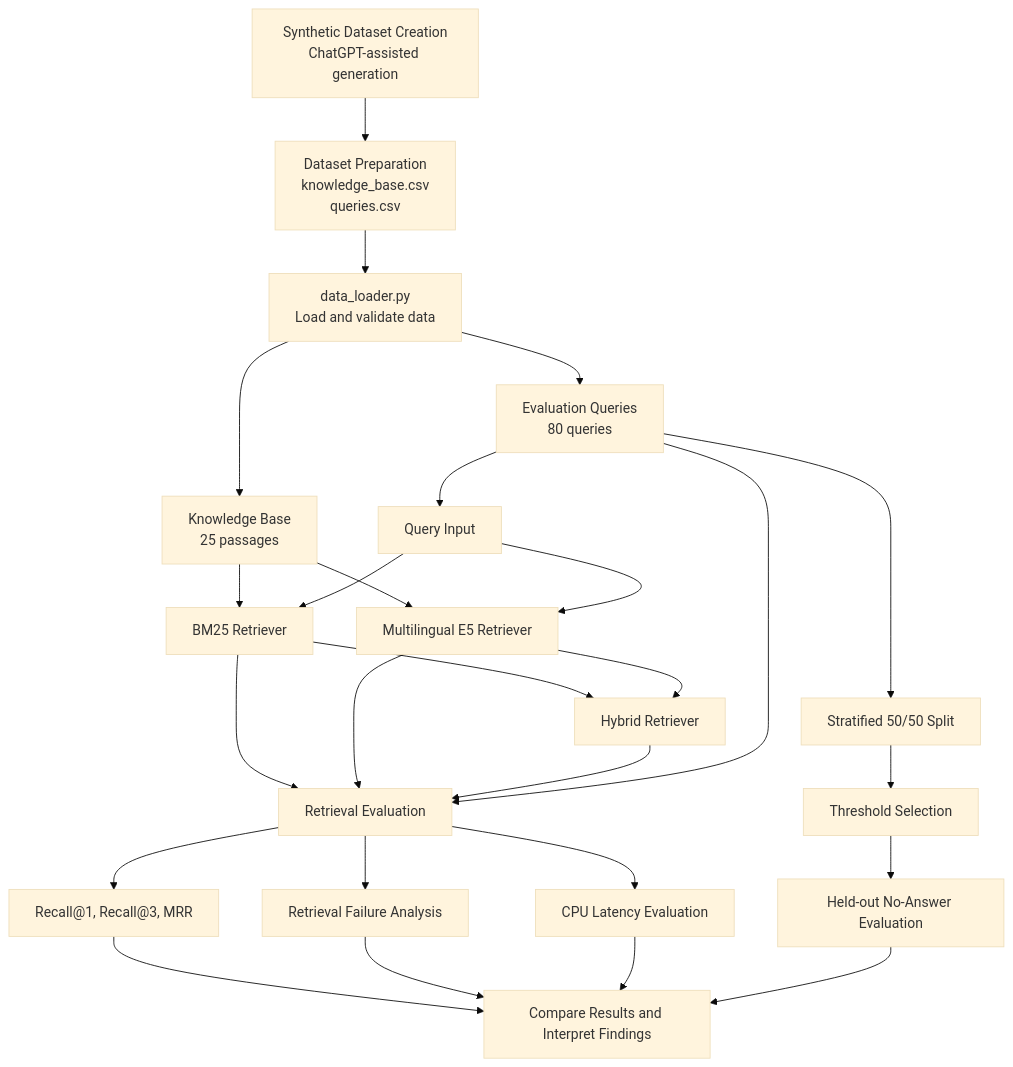
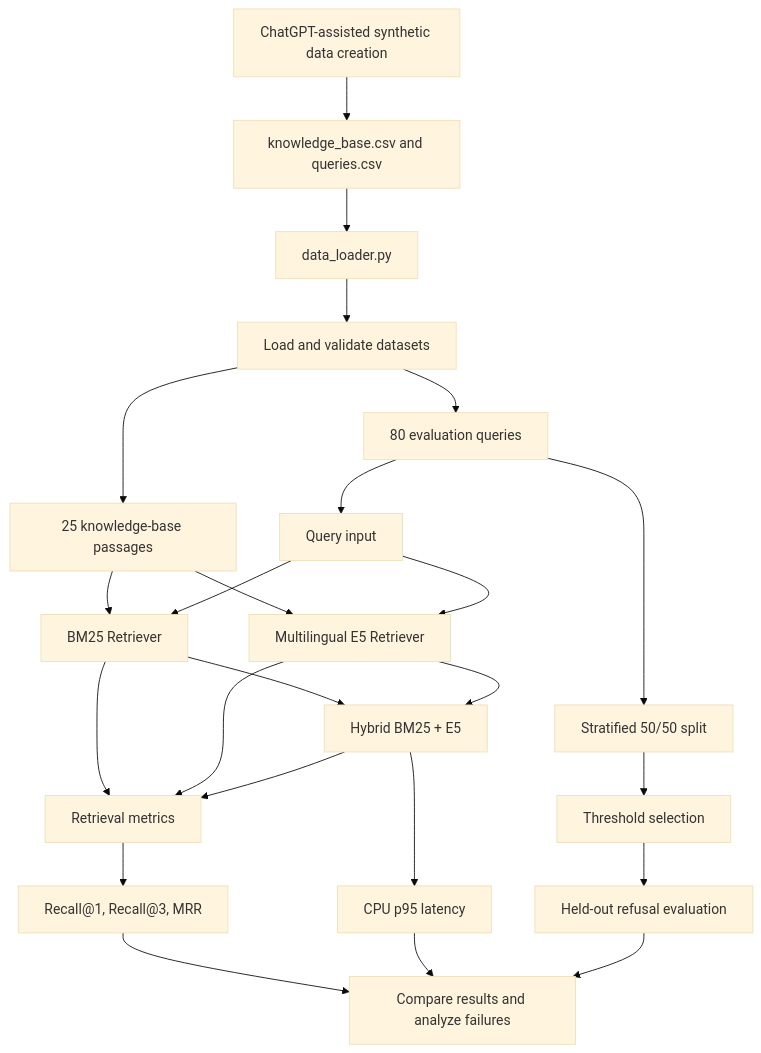
Before and after one commit to IS-HA-0303/loan-retrieval-evaluation: the diagram in README.md, drawn with Mermaid (base theme). The commit also changed other lines of this file, not shown here.

````diff
--- a/README.md
+++ b/README.md
@@ -126,39 +61,33 @@
 ```mermaid
 flowchart TD
-    A["Synthetic Dataset Creation<br/>ChatGPT-assisted generation"] --> B["Dataset Preparation<br/>knowledge_base.csv<br/>queries.csv"]
+    A["ChatGPT-assisted synthetic data creation"] --> B["knowledge_base.csv and queries.csv"]
+    B --> C["data_loader.py"]
+    C --> D["Load and validate datasets"]
 
-    B --> C["data_loader.py<br/>Load and validate data"]
+    D --> E["25 knowledge-base passages"]
+    D --> F["80 evaluation queries"]
 
-    C --> D["Knowledge Base<br/>25 passages"]
-    C --> E["Evaluation Queries<br/>80 queries"]
+    E --> G["BM25 Retriever"]
+    E --> H["Multilingual E5 Retriever"]
 
-    D --> F["BM25 Retriever"]
-    D --> G["Multilingual E5 Retriever"]
+    F --> I["Query input"]
+    I --> G
+    I --> H
 
-    E --> H["Query Input"]
+    G --> J["Hybrid BM25 + E5"]
+    H --> J
 
-    H --> F
-    H --> G
+    G --> K["Retrieval metrics"]
+    H --> K
+    J --> K
 
-    F --> I["Hybrid Retriever"]
-    G --> I
+    K --> L["Recall@1, Recall@3, MRR"]
+    J --> M["CPU p95 latency"]
+    F --> N["Stratified 50/50 split"]
+    N --> O["Threshold selection"]
+    O --> P["Held-out refusal evaluation"]
 
-    F --> J["Retrieval Evaluation"]
-    G --> J
-    I --> J
-
-    E --> J
-
-    J --> K["Recall@1, Recall@3, MRR"]
-    J --> L["Retrieval Failure Analysis"]
-    J --> M["CPU Latency Evaluation"]
-
-    E --> N["Stratified 50/50 Split"]
-    N --> O["Threshold Selection"]
-    O --> P["Held-out No-Answer Evaluation"]
-
-    K --> Q["Compare Results and Interpret Findings"]
-    L --> Q
+    L --> Q["Compare results and analyze failures"]
     M --> Q
     P --> Q
 ```
````
